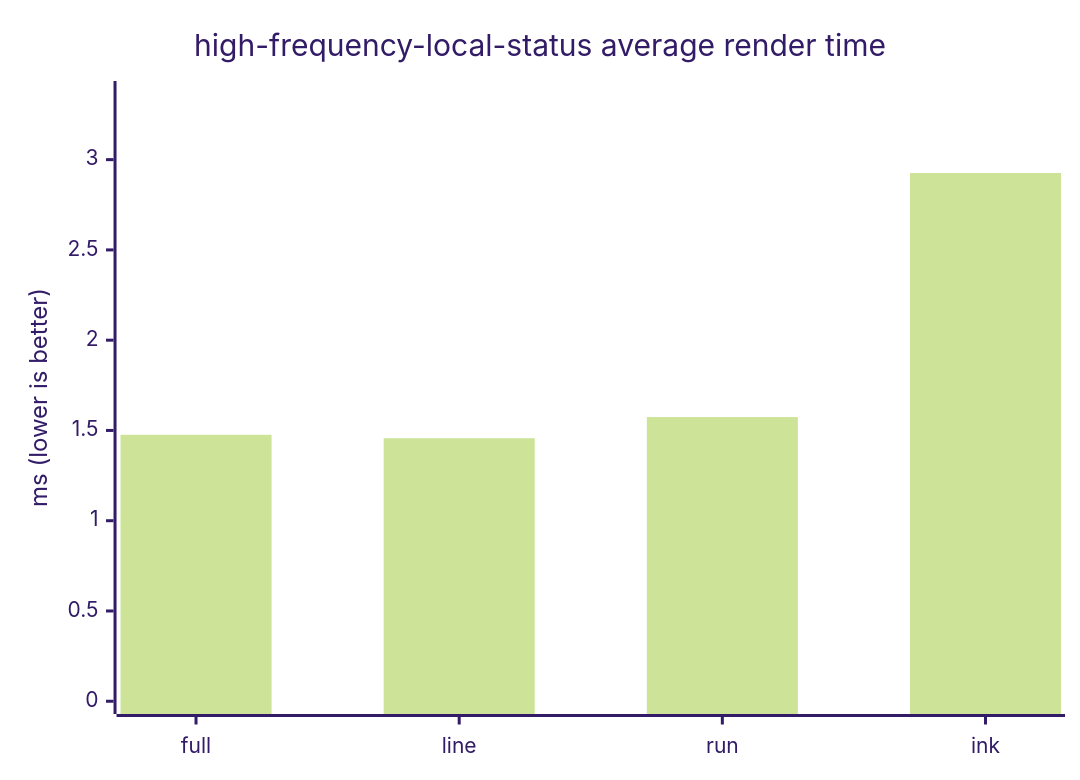
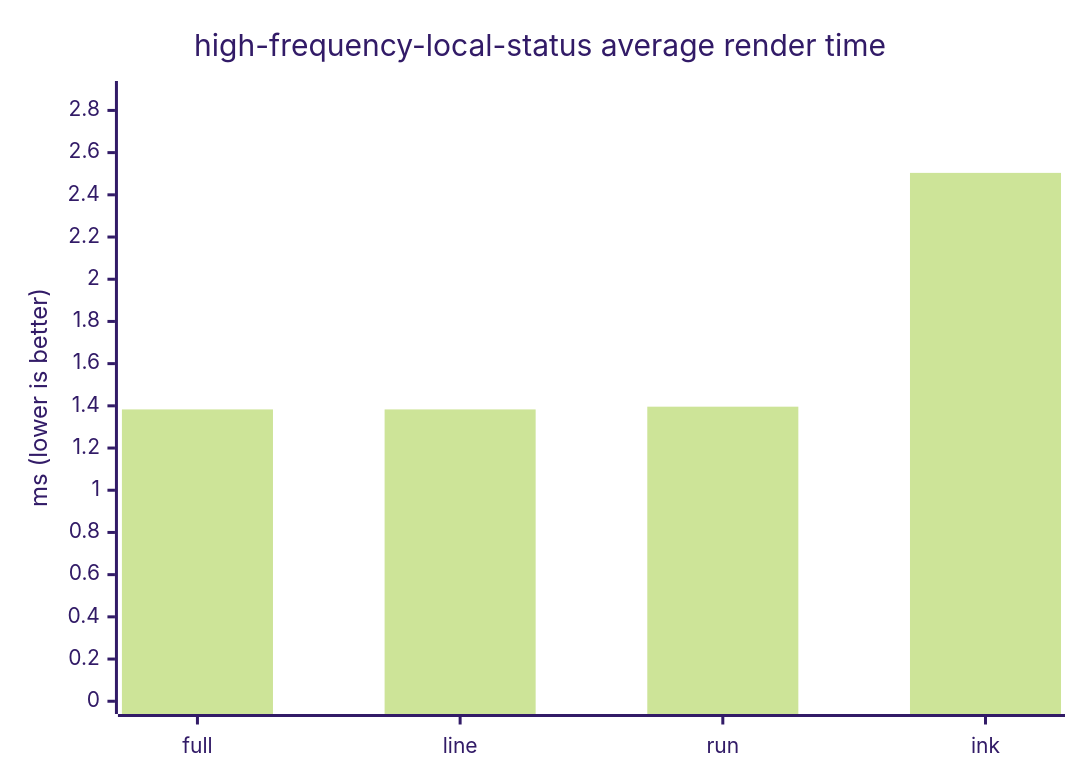
One commit to ByteLandTechnology/tinky changed the third of 10 diagrams in docs/benchmark.md. Above: the diagram before and after it, drawn with Mermaid (forest theme). The commit also changed other lines of this file and 7 other files, not shown here.

````diff
--- a/docs/benchmark.md
+++ b/docs/benchmark.md
@@ -79,7 +79,7 @@
 ```mermaid
 xychart-beta
     title "high-frequency-local-status average render time"
     x-axis ["full", "line", "run", "ink"]
-    y-axis "ms (lower is better)" 0 --> 3.365
-    bar [1.476, 1.457, 1.574, 2.926]
+    y-axis "ms (lower is better)" 0 --> 2.879
+    bar [1.383, 1.383, 1.396, 2.504]
 ```
````
